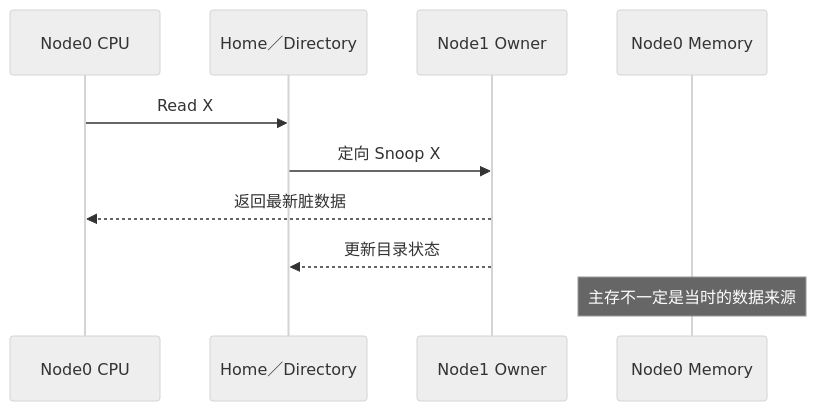
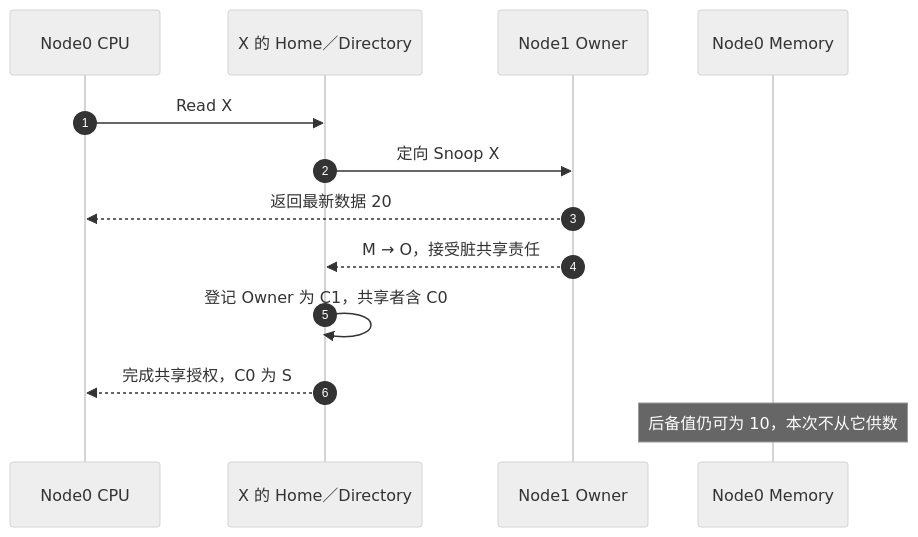
Before and after one commit to FormingSystem/linux_note: the second of 2 diagrams in knowledge/foundations/computer_architecture/cache_coherence/P08_ccNUMA_与多_Socket_一致性.md, drawn with Mermaid (neutral theme). The commit also changed other lines of this file and 10 other files, not shown here.

First line of the commit message:
content(architecture/cache): 重建缓存一致性事务与硬件职责的因果讲解

````diff
--- a/knowledge/foundations/computer_architecture/cache_coherence/P08_ccNUMA_与多_Socket_一致性.md
+++ b/knowledge/foundations/computer_architecture/cache_coherence/P08_ccNUMA_与多_Socket_一致性.md
@@ -39,12 +52,15 @@
 ```mermaid
 sequenceDiagram
+    autonumber
     participant C0 as Node0 CPU
-    participant H as Home／Directory
+    participant H as X 的 Home／Directory
     participant C1 as Node1 Owner
     participant M as Node0 Memory
     C0->>H: Read X
     H->>C1: 定向 Snoop X
-    C1-->>C0: 返回最新脏数据
-    C1-->>H: 更新目录状态
-    Note over M: 主存不一定是当时的数据来源
+    C1-->>C0: 返回最新数据 20
+    C1-->>H: M → O，接受脏共享责任
+    H->>H: 登记 Owner 为 C1，共享者含 C0
+    H-->>C0: 完成共享授权，C0 为 S
+    Note over M: 后备值仍可为 10，本次不从它供数
 ```
````
